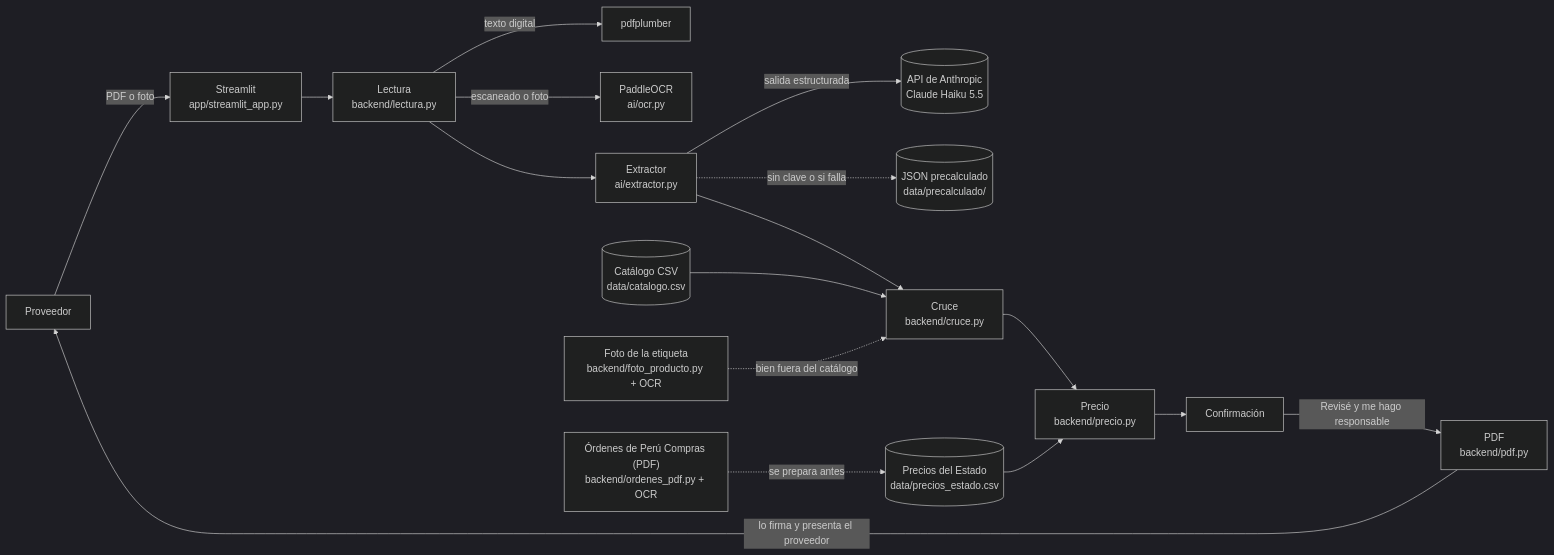
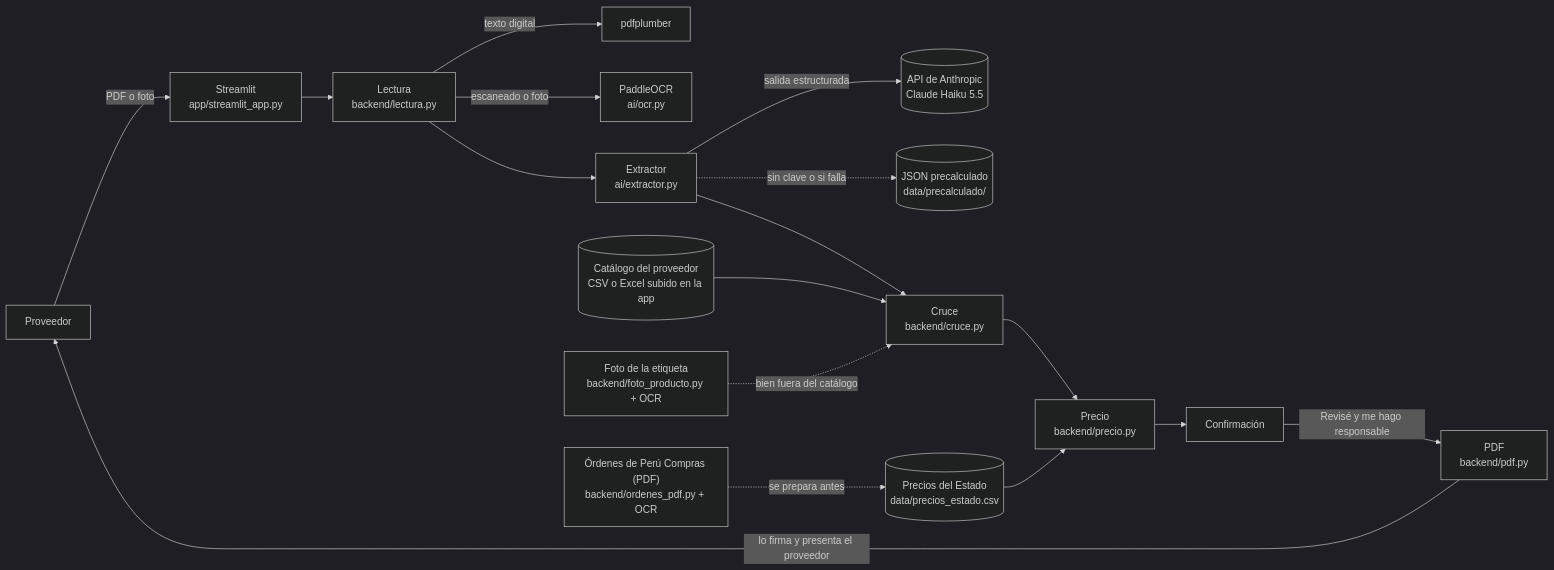
Before and after one commit to IvettexMamani/Cotizador_digital: the diagram in README.md, drawn with Mermaid (dark theme). The commit also changed other lines of this file and 7 other files, not shown here.

First line of the commit message:
El proveedor sube su propio catalogo (CSV o Excel)

````diff
--- a/README.md
+++ b/README.md
@@ -82,19 +86,19 @@
 ```mermaid
 flowchart LR
     U["Proveedor"] -->|"PDF o foto"| APP["Streamlit<br/>app/streamlit_app.py"]
     APP --> LEC["Lectura<br/>backend/lectura.py"]
     LEC -->|"texto digital"| PDFP["pdfplumber"]
     LEC -->|"escaneado o foto"| OCR["PaddleOCR<br/>ai/ocr.py"]
     LEC --> EXT["Extractor<br/>ai/extractor.py"]
     EXT -->|"salida estructurada"| LLM[("API de Anthropic<br/>Claude Haiku 5.5")]
     EXT -.->|"sin clave o si falla"| JSON[("JSON precalculado<br/>data/precalculado/")]
     EXT --> CRU["Cruce<br/>backend/cruce.py"]
-    CAT[("Catálogo CSV<br/>data/catalogo.csv")] --> CRU
+    CAT[("Catálogo del proveedor<br/>CSV o Excel subido en la app")] --> CRU
     FOTO["Foto de la etiqueta<br/>backend/foto_producto.py + OCR"] -.->|"bien fuera del catálogo"| CRU
     CRU --> PRE["Precio<br/>backend/precio.py"]
     EST[("Precios del Estado<br/>data/precios_estado.csv")] --> PRE
     OC["Órdenes de Perú Compras (PDF)<br/>backend/ordenes_pdf.py + OCR"] -.->|"se prepara antes"| EST
     PRE --> CON["Confirmación"]
     CON -->|"Revisé y me hago responsable"| PDF["PDF<br/>backend/pdf.py"]
     PDF -->|"lo firma y presenta el proveedor"| U
 ```
````
